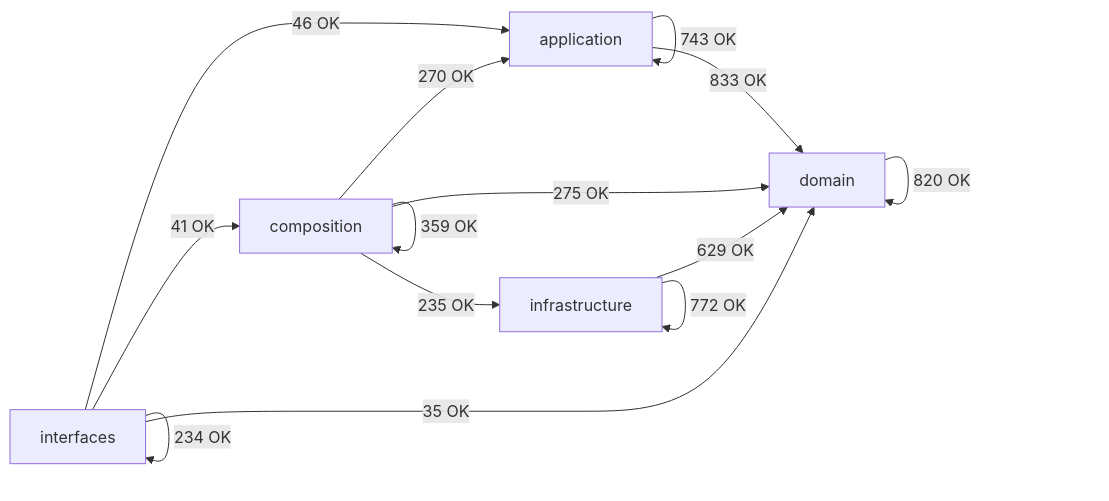
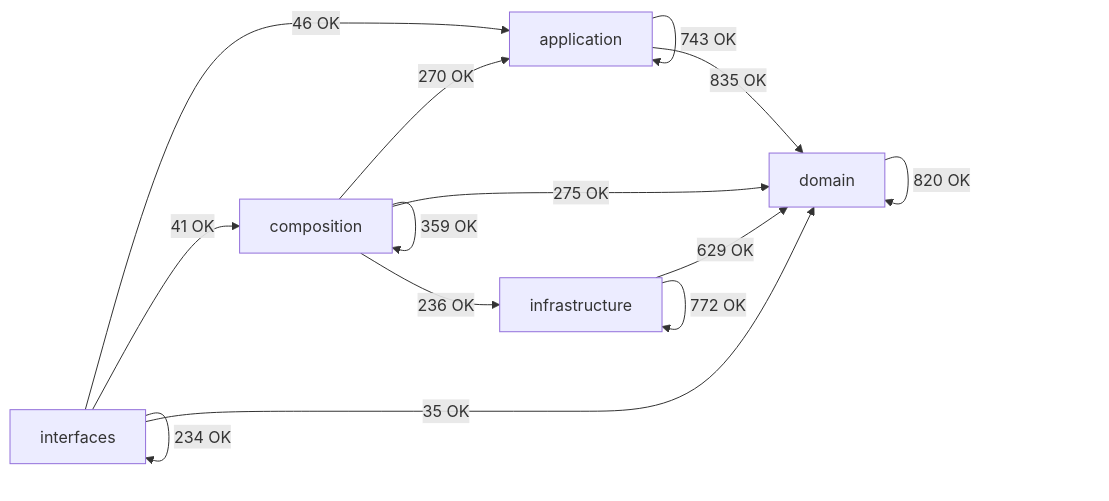
Before and after one commit to SatoryKono/BioactivityDataAcquisition: the diagram in docs/02-architecture/generated/module-dependency-map.md, drawn with Mermaid. The commit also changed other lines of this file and 105 other files, not shown here.

````diff
--- a/docs/02-architecture/generated/module-dependency-map.md
+++ b/docs/02-architecture/generated/module-dependency-map.md
@@ -26,21 +26,21 @@
 ```mermaid
 flowchart LR
     domain[domain]
     application[application]
     infrastructure[infrastructure]
     composition[composition]
     interfaces[interfaces]
     application -->|743 OK| application
-    application -->|833 OK| domain
+    application -->|835 OK| domain
     composition -->|270 OK| application
     composition -->|359 OK| composition
     composition -->|275 OK| domain
-    composition -->|235 OK| infrastructure
+    composition -->|236 OK| infrastructure
     domain -->|820 OK| domain
     infrastructure -->|629 OK| domain
     infrastructure -->|772 OK| infrastructure
     interfaces -->|46 OK| application
     interfaces -->|41 OK| composition
     interfaces -->|35 OK| domain
     interfaces -->|234 OK| interfaces
 ```
````
